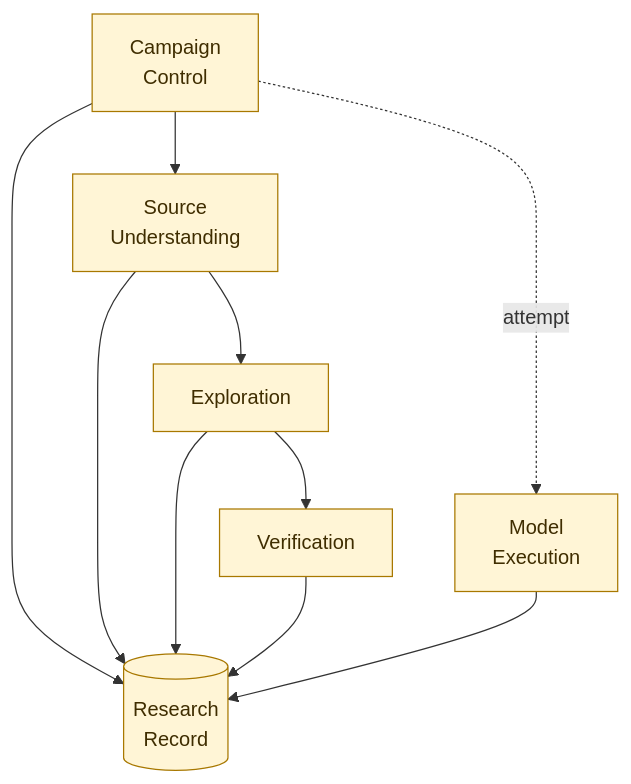
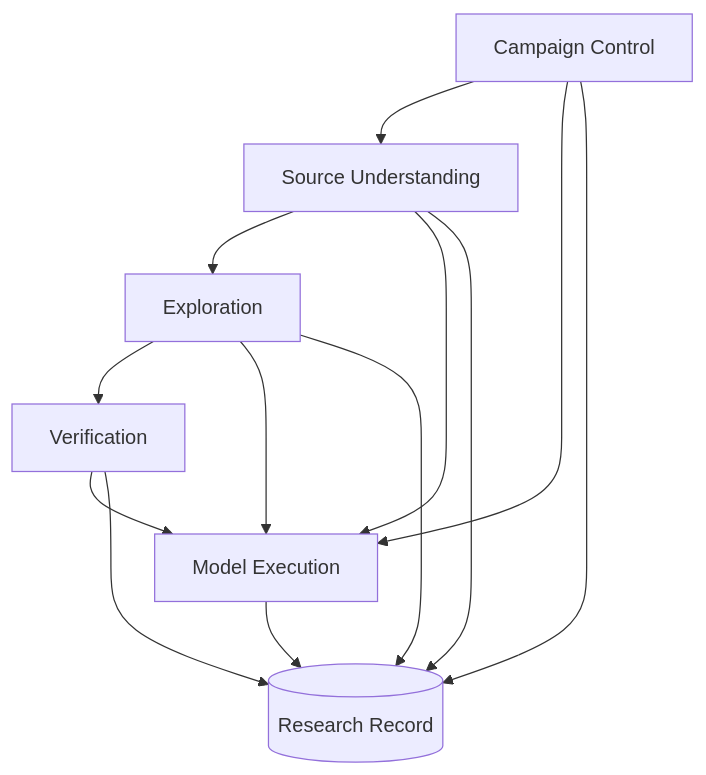
Before and after one commit to momoponwork1415-lgtm/wordpress-harness: the second of 4 diagrams in docs/design/architecture/module-map.md, drawn with Mermaid. The commit also changed other lines of this file and 33 other files, not shown here.

````diff
--- a/docs/design/architecture/module-map.md
+++ b/docs/design/architecture/module-map.md
@@ -57,25 +29,21 @@
 ```mermaid
 flowchart TB
-    campaign["Campaign<br/>Control"]
-    understand["Source<br/>Understanding"]
-    explore["Exploration"]
-    verify["Verification"]
-    execution["Model<br/>Execution"]
-    record[("Research<br/>Record")]
+    campaign["Campaign Control"]
+    source["Source Understanding"]
+    exploration["Exploration"]
+    verification["Verification"]
+    execution["Model Execution"]
+    record[("Research Record")]
 
-    campaign --> understand
-    understand --> explore
-    explore --> verify
-
-    campaign -. "attempt" .-> execution
+    campaign --> source --> exploration --> verification
+    campaign --> execution
+    source --> execution
+    exploration --> execution
+    verification --> execution
 
     campaign --> record
-    understand --> record
-    explore --> record
-    verify --> record
+    source --> record
+    exploration --> record
+    verification --> record
     execution --> record
-
-    classDef partial fill:#fff5d6,stroke:#a87800,color:#3f2d00;
-    classDef planned fill:#f2f3f5,stroke:#777,color:#333;
-    class campaign,understand,explore,verify,execution,record partial;
 ```
````
